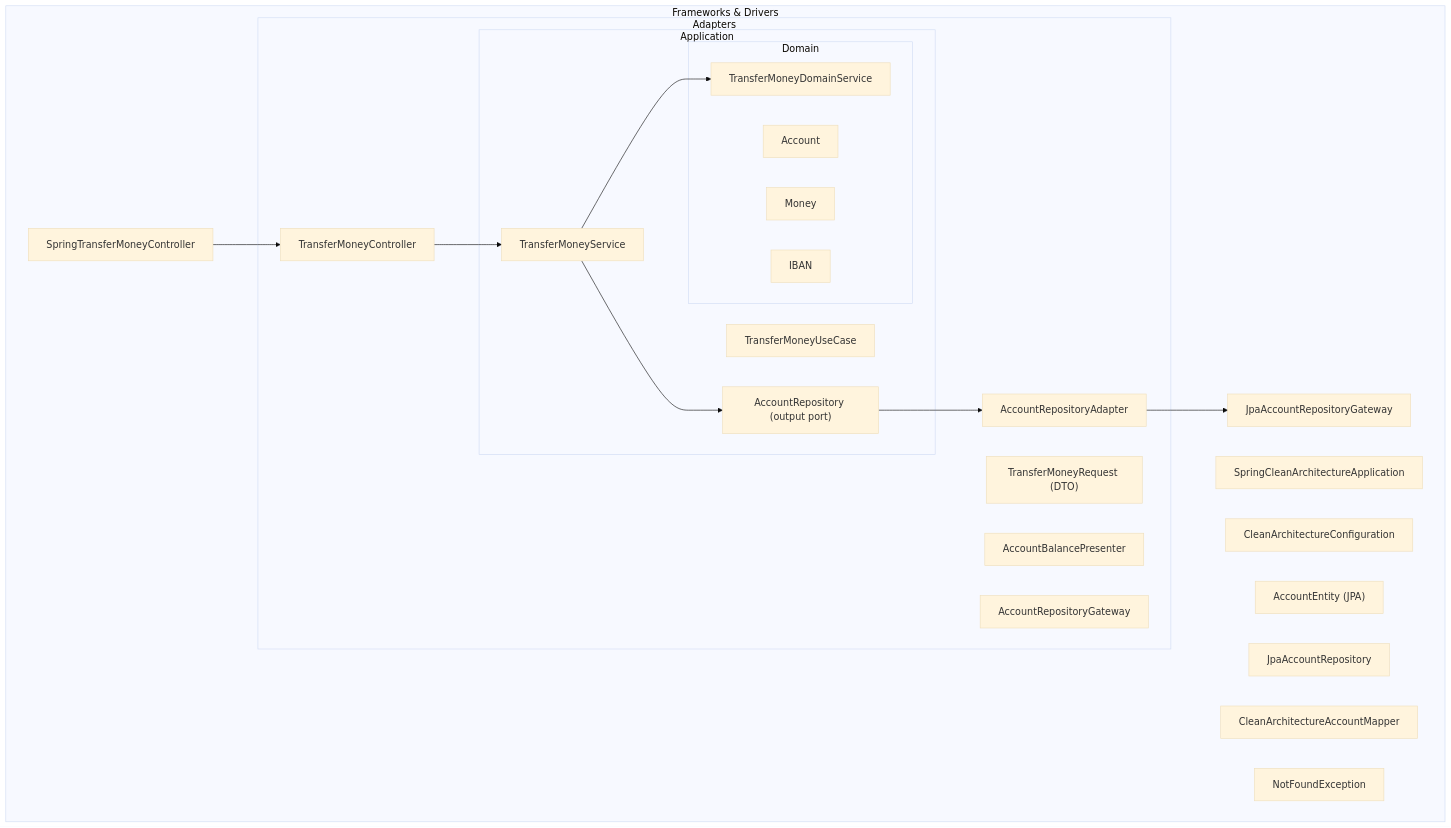
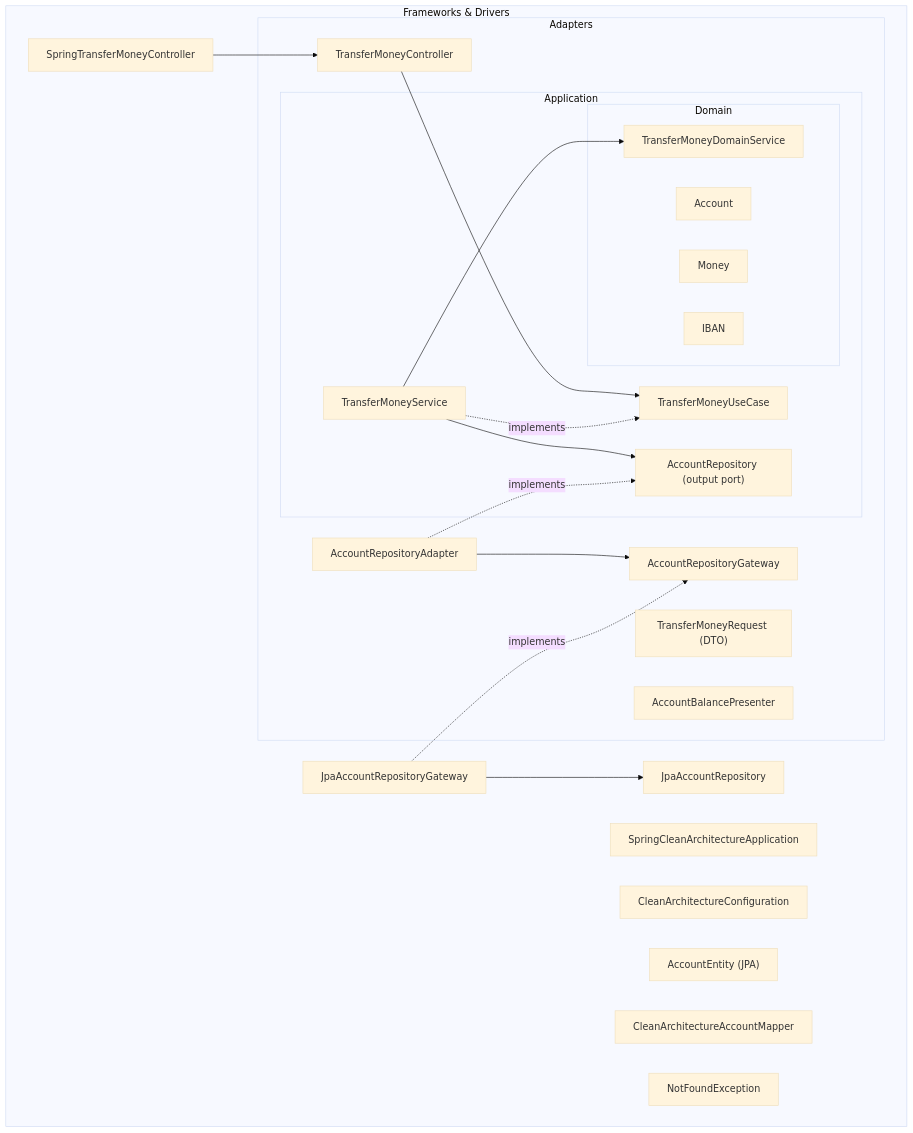
Before and after one commit to lombold/backend-architectures: the diagram in src/main/mermaid/clean-architecture.mermaid, drawn with Mermaid (base theme).

```diff
--- a/src/main/mermaid/clean-architecture.mermaid
+++ b/src/main/mermaid/clean-architecture.mermaid
@@ -1,40 +1,43 @@
 flowchart TB
-    subgraph O4["Frameworks & Drivers"]
-        F1["SpringCleanArchitectureApplication"]
-        F2["CleanArchitectureConfiguration"]
-        F3["SpringTransferMoneyController"]
-        F4["AccountEntity (JPA)"]
-        F5["JpaAccountRepository"]
-        F6["JpaAccountRepositoryGateway"]
-        F7["CleanArchitectureAccountMapper"]
-        F8["NotFoundException"]
+    subgraph frameworks["Frameworks & Drivers"]
+        springApp["SpringCleanArchitectureApplication"]
+        springConfig["CleanArchitectureConfiguration"]
+        springController["SpringTransferMoneyController"]
+        jpaAccountEntity["AccountEntity (JPA)"]
+        jpaRepository["JpaAccountRepository"]
+        jpaGateway["JpaAccountRepositoryGateway"]
+        accountMapper["CleanArchitectureAccountMapper"]
+        notFoundException["NotFoundException"]
 
-        subgraph O3["Adapters"]
-            AD1["TransferMoneyController"]
-            AD2["TransferMoneyRequest (DTO)"]
-            AD3["AccountBalancePresenter"]
-            AD4["AccountRepositoryAdapter"]
-            AD5["AccountRepositoryGateway"]
+        subgraph adapters["Adapters"]
+            webController["TransferMoneyController"]
+            transferRequestDto["TransferMoneyRequest (DTO)"]
+            balancePresenter["AccountBalancePresenter"]
+            accountRepositoryAdapter["AccountRepositoryAdapter"]
+            accountRepositoryGateway["AccountRepositoryGateway"]
 
-            subgraph O2["Application"]
-                A1["TransferMoneyUseCase"]
-                A2["TransferMoneyService"]
-                A3["AccountRepository (output port)"]
+            subgraph application["Application"]
+                transferMoneyUseCase["TransferMoneyUseCase"]
+                transferMoneyService["TransferMoneyService"]
+                accountRepositoryPort["AccountRepository (output port)"]
 
-                subgraph O1["Domain"]
-                    D1["TransferMoneyDomainService"]
-                    D2["Account"]
-                    D3["Money"]
-                    D4["IBAN"]
+                subgraph domain["Domain"]
+                    transferDomainService["TransferMoneyDomainService"]
+                    account["Account"]
+                    money["Money"]
+                    iban["IBAN"]
                 end
             end
         end
     end
 
-%% representative dependency arrows (still pointing inward)
-    F3 --> AD1
-    AD1 --> A2
-    A2 --> D1
-    A2 --> A3
-    A3 --> AD4
-    AD4 --> F6
+%% dependency arrows (pointing inward)
+    springController --> webController
+    webController --> transferMoneyUseCase
+    transferMoneyService -. implements .-> transferMoneyUseCase
+    transferMoneyService --> transferDomainService
+    transferMoneyService --> accountRepositoryPort
+    accountRepositoryAdapter -. implements .-> accountRepositoryPort
+    accountRepositoryAdapter --> accountRepositoryGateway
+    jpaGateway -. implements .-> accountRepositoryGateway
+    jpaGateway --> jpaRepository
```
